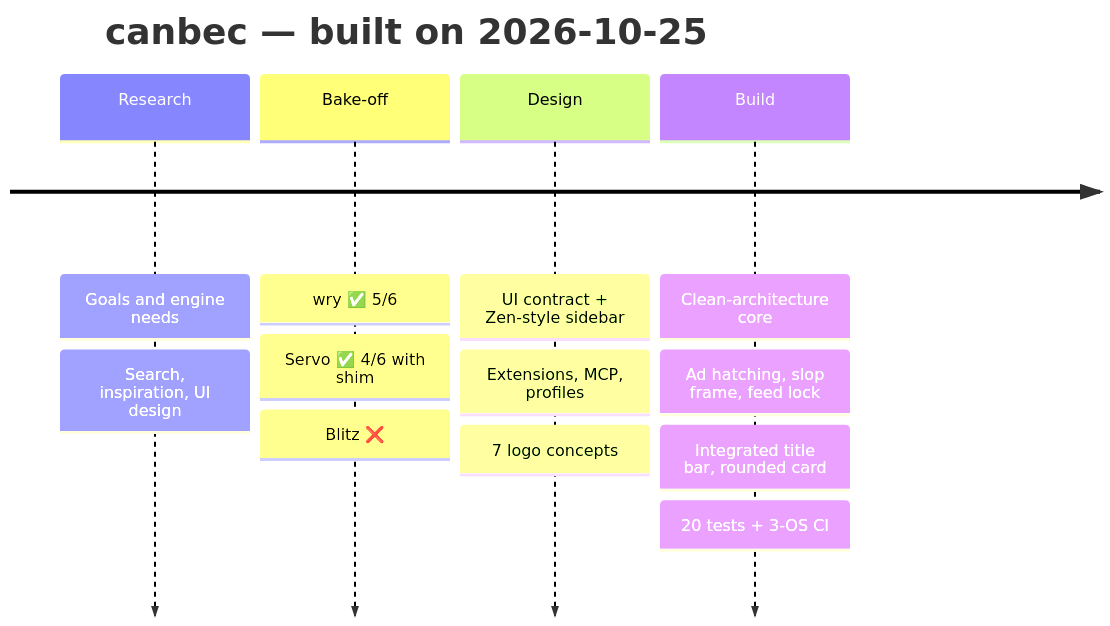
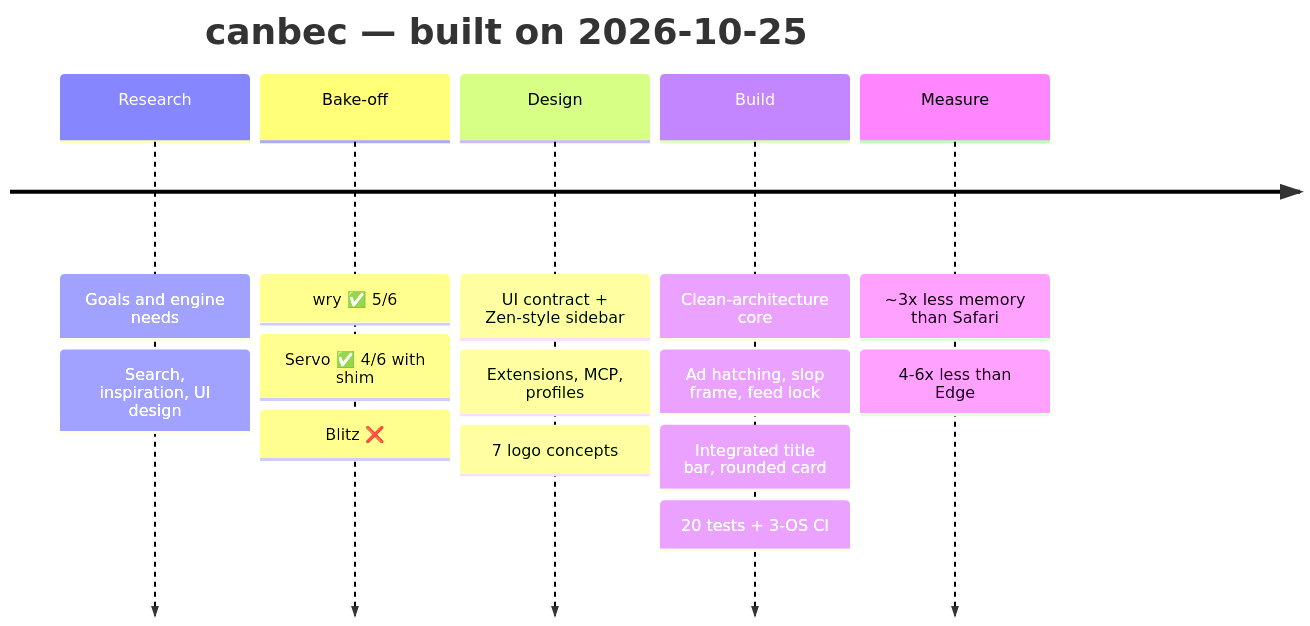
Before and after one commit to Cod3rs-org/canbec: the diagram in README.md, drawn with Mermaid. The commit also changed other lines of this file and 5 other files, not shown here.

Commit message:
bench: canbec vs Safari vs Edge on macOS — ~3x less memory than Safari, 4-6x less than Edge

````diff
--- a/README.md
+++ b/README.md
@@ -48,16 +48,18 @@
 ```mermaid
 timeline
     title canbec — built on 2026-10-25
     Research : Goals and engine needs
              : Search, inspiration, UI design
     Bake-off : wry ✅ 5/6
              : Servo ✅ 4/6 with shim
              : Blitz ❌
     Design   : UI contract + Zen-style sidebar
              : Extensions, MCP, profiles
              : 7 logo concepts
     Build    : Clean-architecture core
              : Ad hatching, slop frame, feed lock
              : Integrated title bar, rounded card
              : 20 tests + 3-OS CI
+    Measure  : ~3x less memory than Safari
+             : 4-6x less than Edge
 ```
````
